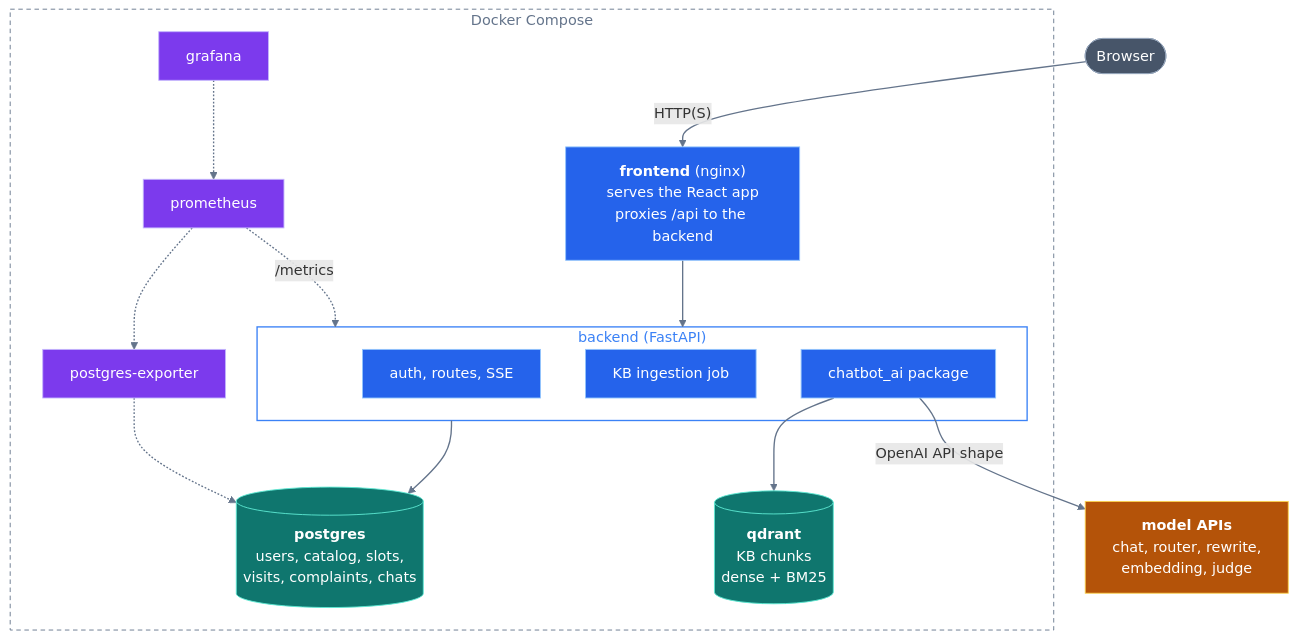
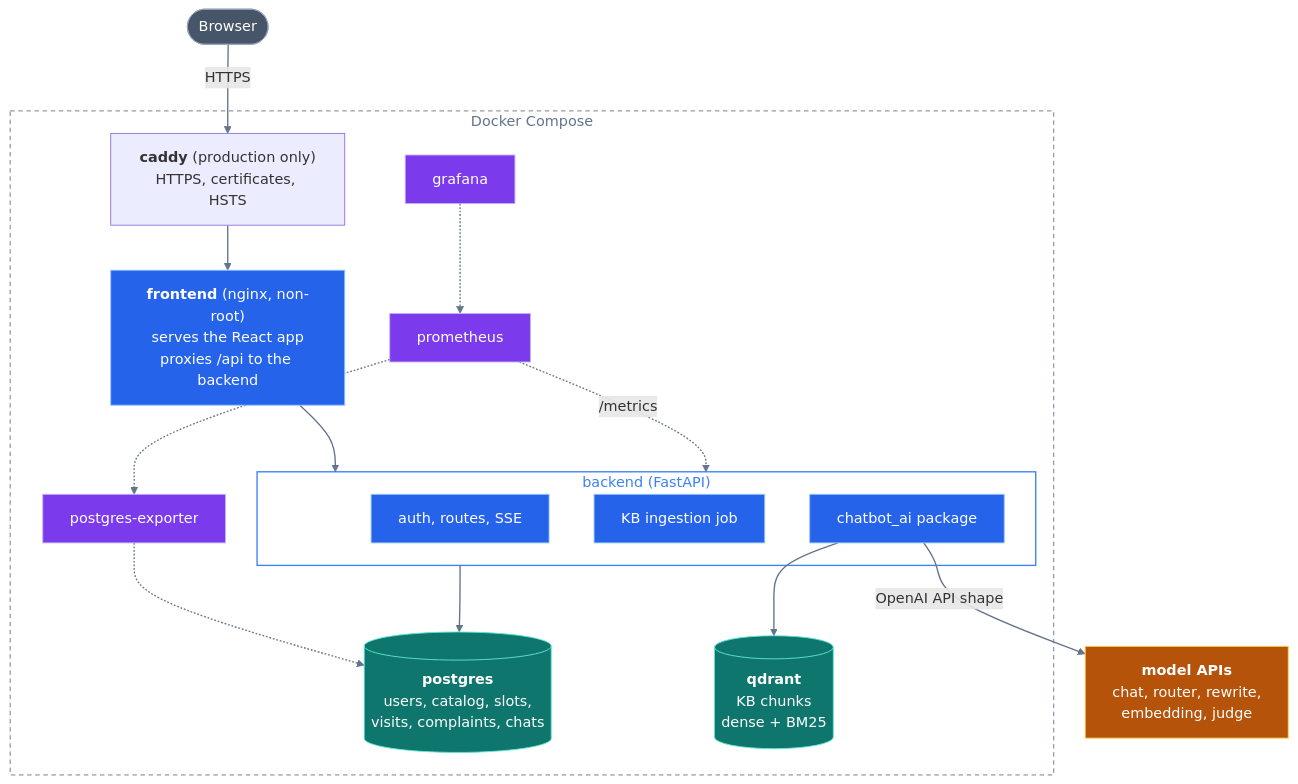
One commit to e-hossam96/health-insurance-chatbot changed the diagram in README.md. Above: the diagram before and after it, drawn with Mermaid. The commit also changed other lines of this file and 14 other files, not shown here.

Commit message:
[post-8 Caddy and networks] serve https through caddy, split compose networks per role and run the frontend nginx as non-root

````diff
--- a/README.md
+++ b/README.md
@@ -49,48 +49,50 @@
 ```mermaid
 flowchart TB
     browser(["Browser"])
 
     subgraph compose["Docker Compose"]
-        frontend["<b>frontend</b> (nginx)<br/>serves the React app<br/>proxies /api to the backend"]
+        caddy["<b>caddy</b> (production only)<br/>HTTPS, certificates, HSTS"]
+        frontend["<b>frontend</b> (nginx, non-root)<br/>serves the React app<br/>proxies /api to the backend"]
 
         subgraph backend["backend (FastAPI)"]
             routes["auth, routes, SSE"]
             ingestion["KB ingestion job"]
             chatbot_ai["chatbot_ai package"]
         end
 
         postgres[("<b>postgres</b><br/>users, catalog, slots,<br/>visits, complaints, chats")]
         qdrant[("<b>qdrant</b><br/>KB chunks<br/>dense + BM25")]
         exporter["postgres-exporter"]
         prometheus["prometheus"]
         grafana["grafana"]
     end
 
     models["<b>model APIs</b><br/>chat, router, rewrite,<br/>embedding, judge"]
 
-    browser -- "HTTP(S)" --> frontend
+    browser -- "HTTPS" --> caddy
+    caddy --> frontend
     frontend --> backend
     backend --> postgres
     chatbot_ai --> qdrant
     chatbot_ai -- "OpenAI API shape" --> models
     exporter -.-> postgres
     prometheus -. "/metrics" .-> backend
     prometheus -.-> exporter
     grafana -.-> prometheus
 
     classDef client fill:#475569,stroke:#94a3b8,color:#ffffff
     classDef app fill:#2563eb,stroke:#93c5fd,color:#ffffff
     classDef store fill:#0f766e,stroke:#5eead4,color:#ffffff
     classDef observe fill:#7c3aed,stroke:#c4b5fd,color:#ffffff
     classDef external fill:#b45309,stroke:#fcd34d,color:#ffffff
 
     class browser client
     class frontend,routes,ingestion,chatbot_ai app
     class postgres,qdrant store
     class exporter,prometheus,grafana observe
     class models external
 
     style compose fill:transparent,stroke:#64748b,stroke-width:1px,stroke-dasharray:5 4,color:#64748b
     style backend fill:transparent,stroke:#3b82f6,stroke-width:1.5px,color:#3b82f6
     linkStyle default stroke:#64748b,stroke-width:1.5px
 ```
````
